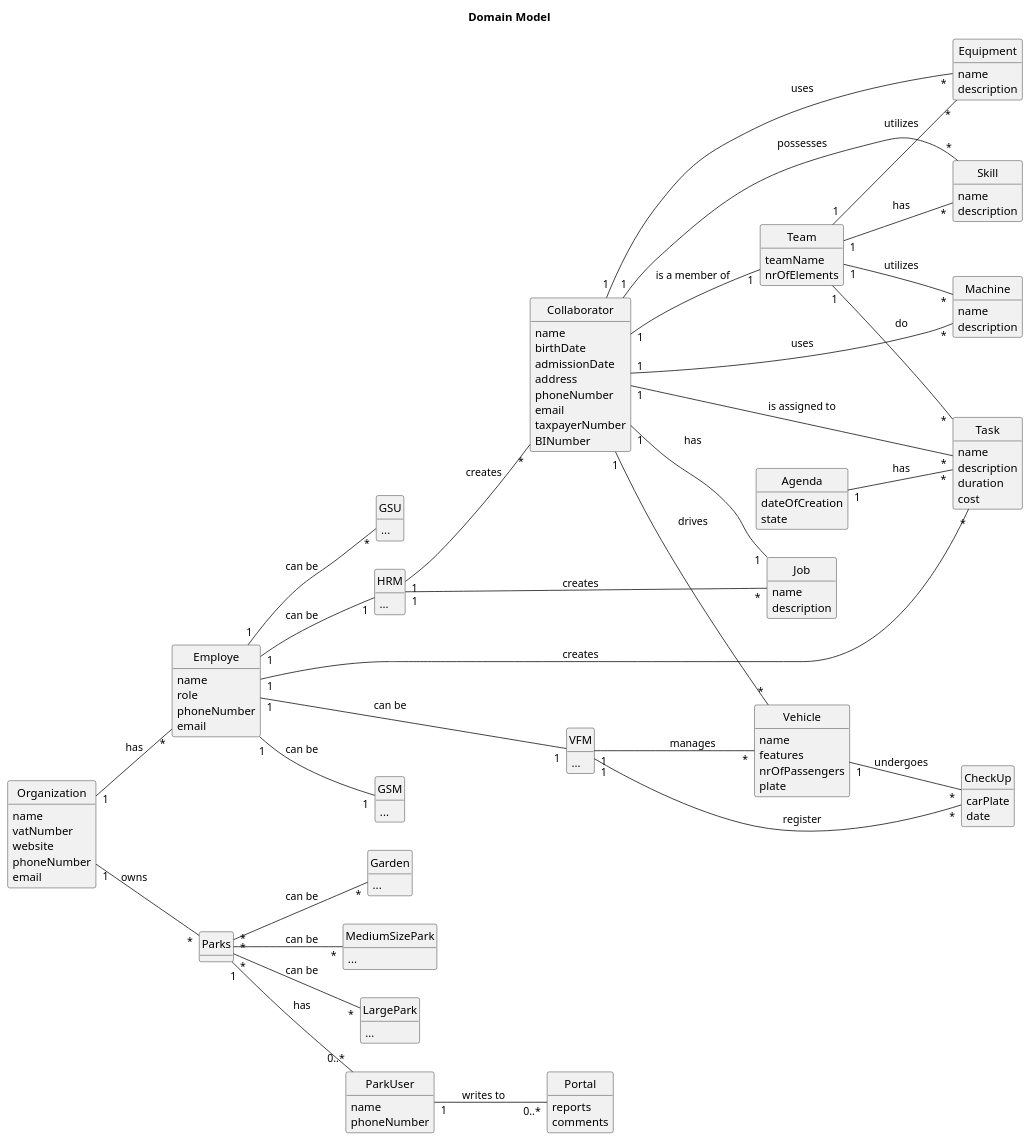
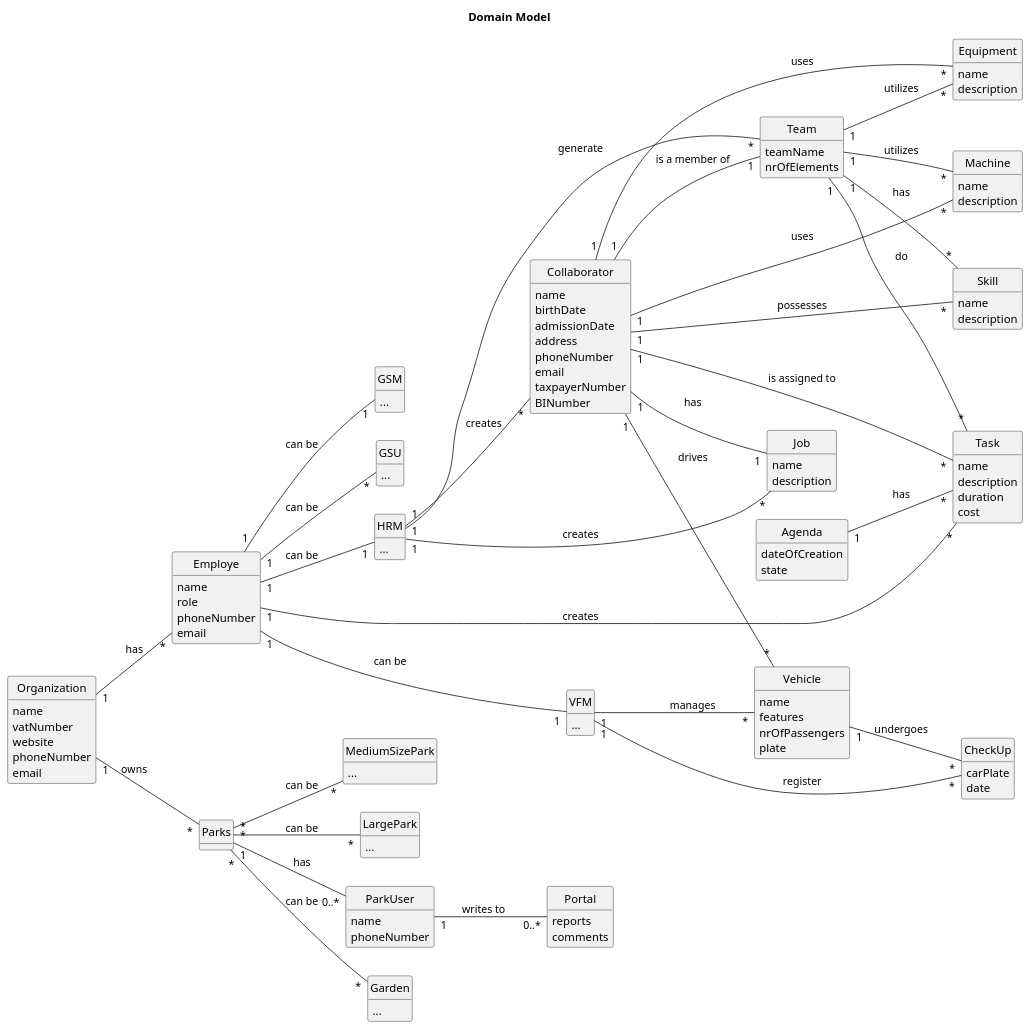
The diagram in docs/sprintA/global-artifacts/02.analysis/puml/project-domain-model.puml (Departamento-de-Engenharia-Informatica/greenspace-management), drawn with PlantUML before and after one commit. The commit also changed 1 other file, not shown here.

```diff
--- a/docs/sprintA/global-artifacts/02.analysis/puml/project-domain-model.puml
+++ b/docs/sprintA/global-artifacts/02.analysis/puml/project-domain-model.puml
@@ -1,170 +1,171 @@
 @startuml
 skinparam monochrome true
 skinparam packageStyle rectangle
 skinparam shadowing false
 skinparam classAttributeIconSize 0
 hide circle
 hide methods
 
 title Domain Model
 
 left to right direction
 
 class Organization {
     name
     vatNumber
     website
     phoneNumber
     email
 }
 
 class Employe {
     name
     role
     phoneNumber
     email
 }
 
 class HRM {
     ...
 }
 
 class VFM {
     ...
 }
 
 class GSM {
     ...
 }
 
 class GSU {
     ...
 }
 
 class Collaborator {
     name
     birthDate
     admissionDate
     address
     phoneNumber
     email
     taxpayerNumber
     BINumber
 }
 
 class Garden {
     ...
 }
 
 class MediumSizePark {
     ...
 }
 
 class LargePark {
     ...
 }
 
 class Parks {
 }
 
 class Task {
     name
     description
     duration
     cost
 }
 
 class Agenda {
     dateOfCreation
     state
 }
 
 class Vehicle {
     name
     features
     nrOfPassengers
     plate
 }
 
 class Machine {
     name
     description
 }
 
 class Equipment {
     name
     description
 }
 
 class Portal {
     reports
     comments
 }
 
 class CheckUp {
     carPlate
     date
 }
 
 class Job {
     name
     description
 }
 
 class Team {
     teamName
     nrOfElements
 }
 
 class Skill {
     name
     description
 }
 
 class ParkUser {
     name
     phoneNumber
 }
 
 
 Organization "1" -- "*" Employe : has
 Organization "1" -- "*" Parks : owns
 
 Employe "1" -- "*" Task : creates
 Employe "1" -- "*" GSU : can be
 Employe "1" -- "1" GSM : can be
 Employe "1" -- "1" HRM : can be
 Employe "1" -- "1" VFM : can be
 
 HRM "1" -- "*" Collaborator : creates
+HRM "1" -- "*" Team : generate
 HRM "1" -- "*" Job : creates
 
 Collaborator "1" -- "1" Job : has
 Collaborator "1" -- "1" Team : is a member of
 Collaborator "1" -- "*" Skill : possesses
 Collaborator "1" -- "*" Task : is assigned to
 Collaborator "1" -- "*" Vehicle : drives
 Collaborator "1" -- "*" Machine : uses
 Collaborator "1" -- "*" Equipment : uses
 
 Team "1" -- "*" Skill : has
 Team "1" -- "*" Task : do
 Team "1" -- "*" Machine : utilizes
 Team "1" -- "*" Equipment : utilizes
 
 
 Agenda "1" -- "*" Task : has
 
 ParkUser "1" -- "0..*" Portal : writes to
 
 Parks "*" -- "*" Garden : can be
 Parks "*" -- "*" MediumSizePark : can be
 Parks "*" -- "*" LargePark : can be
 Parks "1" -- "0..*" ParkUser : has
 
 VFM "1" -- "*" CheckUp: register
 VFM "1" -- "*" Vehicle: manages
 
 Vehicle "1" -- "*" CheckUp : undergoes
 
 @enduml
```
